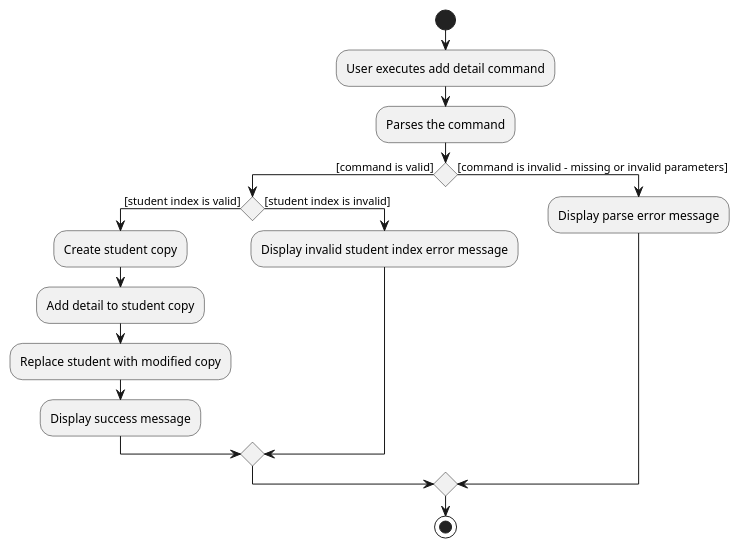
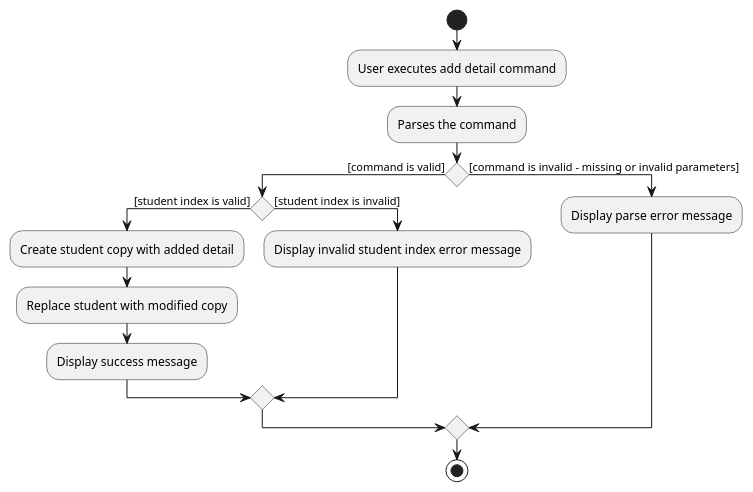
One commit to nus-cs2103-AY2021S1/tp changed the diagram in docs/diagrams/AddDetailActivityDiagram.puml. Above: the diagram before and after it, drawn with PlantUML. The commit also changed 12 other files, not shown here.

Commit message:
Add and edit detail diagrams

```diff
--- a/docs/diagrams/AddDetailActivityDiagram.puml
+++ b/docs/diagrams/AddDetailActivityDiagram.puml
@@ -1,18 +1,17 @@
 @startuml
 start
 :User executes add detail command;
 :Parses the command;
 if() then([command is valid])
     if() then([student index is valid])
-        :Create student copy;
-        :Add detail to student copy;
+        :Create student copy with added detail;
         :Replace student with modified copy;
         :Display success message;
     else([student index is invalid])
         :Display invalid student index error message;
     endif
 else ([command is invalid - missing or invalid parameters])
     :Display parse error message;
 endif
 stop
 @enduml
```
